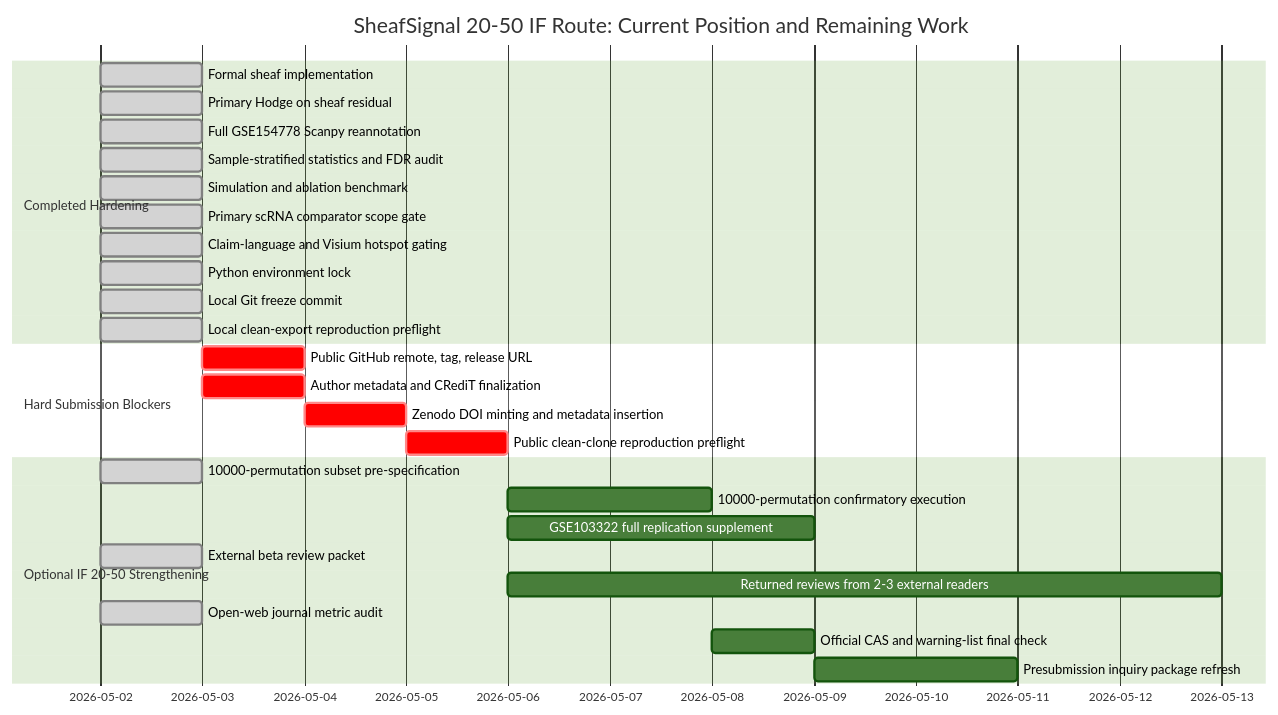
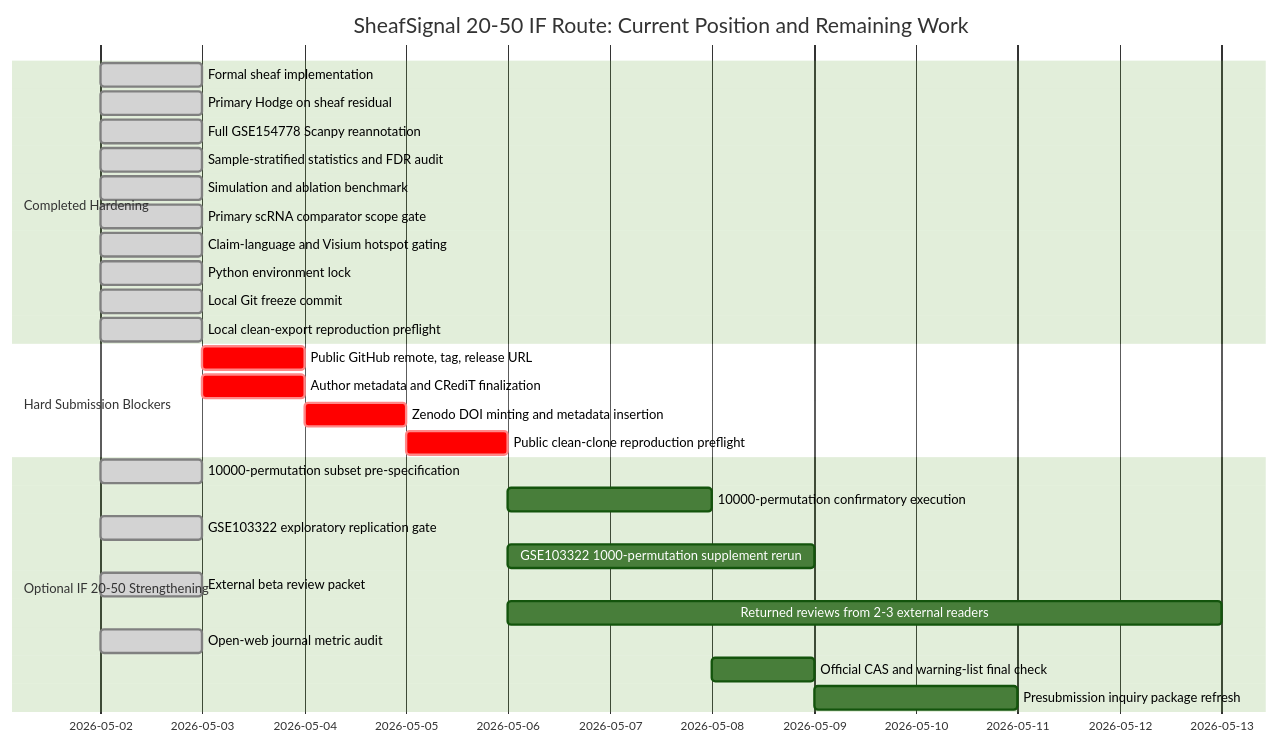
The diagram in manuscript/IF20_50_DISTANCE_REPORT.md (healthgreat/SheafSignal), drawn with Mermaid (forest theme) before and after one commit. The commit also changed other lines of this file and 14 other files, not shown here.

Commit message:
Add GSE103322 replication supplement gate

````diff
--- a/manuscript/IF20_50_DISTANCE_REPORT.md
+++ b/manuscript/IF20_50_DISTANCE_REPORT.md
@@ -59,33 +62,34 @@
 ```mermaid
 gantt
     title SheafSignal 20-50 IF Route: Current Position and Remaining Work
     dateFormat  YYYY-MM-DD
 
     section Completed Hardening
     Formal sheaf implementation                  :done, 2026-05-02, 1d
     Primary Hodge on sheaf residual              :done, 2026-05-02, 1d
     Full GSE154778 Scanpy reannotation           :done, 2026-05-02, 1d
     Sample-stratified statistics and FDR audit   :done, 2026-05-02, 1d
     Simulation and ablation benchmark            :done, 2026-05-02, 1d
     Primary scRNA comparator scope gate          :done, 2026-05-02, 1d
     Claim-language and Visium hotspot gating     :done, 2026-05-02, 1d
     Python environment lock                      :done, 2026-05-02, 1d
     Local Git freeze commit                      :done, 2026-05-02, 1d
     Local clean-export reproduction preflight    :done, 2026-05-02, 1d
 
     section Hard Submission Blockers
     Public GitHub remote, tag, release URL       :crit, 2026-05-03, 1d
     Author metadata and CRediT finalization      :crit, 2026-05-03, 1d
     Zenodo DOI minting and metadata insertion    :crit, 2026-05-04, 1d
     Public clean-clone reproduction preflight    :crit, 2026-05-05, 1d
 
     section Optional IF 20-50 Strengthening
     10000-permutation subset pre-specification   :done, 2026-05-02, 1d
     10000-permutation confirmatory execution     :2026-05-06, 2d
-    GSE103322 full replication supplement        :2026-05-06, 3d
+    GSE103322 exploratory replication gate       :done, 2026-05-02, 1d
+    GSE103322 1000-permutation supplement rerun  :2026-05-06, 3d
     External beta review packet                  :done, 2026-05-02, 1d
     Returned reviews from 2-3 external readers   :2026-05-06, 7d
     Open-web journal metric audit                :done, 2026-05-02, 1d
     Official CAS and warning-list final check    :2026-05-08, 1d
     Presubmission inquiry package refresh        :2026-05-09, 2d
 ```
````
